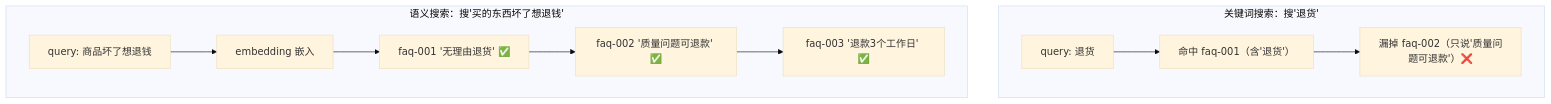
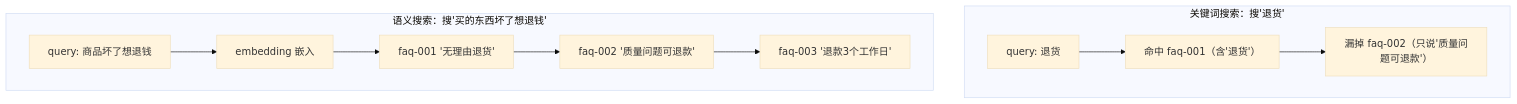
Before and after one commit to hengdboy/langchain4j-in-production: the seventh of 7 diagrams in chapters/ch08-embedding.md, drawn with Mermaid (base theme). The commit also changed other lines of this file and 22 other files, not shown here.

````diff
--- a/chapters/ch08-embedding.md
+++ b/chapters/ch08-embedding.md
@@ -908,13 +908,13 @@
 ```mermaid
 flowchart TD
     subgraph "关键词搜索：搜'退货'"
         K1["query: 退货"] --> K2["命中 faq-001（含'退货'）"]
-        K2 --> K3["漏掉 faq-002（只说'质量问题可退款'）❌"]
+        K2 --> K3["漏掉 faq-002（只说'质量问题可退款'）"]
     end
     subgraph "语义搜索：搜'买的东西坏了想退钱'"
         S1["query: 商品坏了想退钱"] --> S2["embedding 嵌入"]
-        S2 --> S3["faq-001 '无理由退货' ✅"]
-        S3 --> S4["faq-002 '质量问题可退款' ✅"]
-        S4 --> S5["faq-003 '退款3个工作日' ✅"]
+        S2 --> S3["faq-001 '无理由退货' "]
+        S3 --> S4["faq-002 '质量问题可退款' "]
+        S4 --> S5["faq-003 '退款3个工作日' "]
     end
 ```
````
